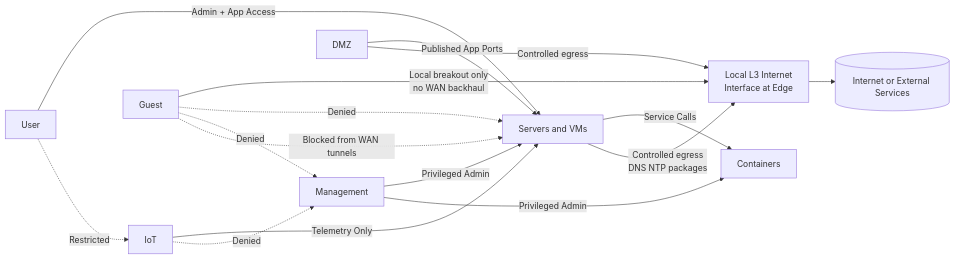
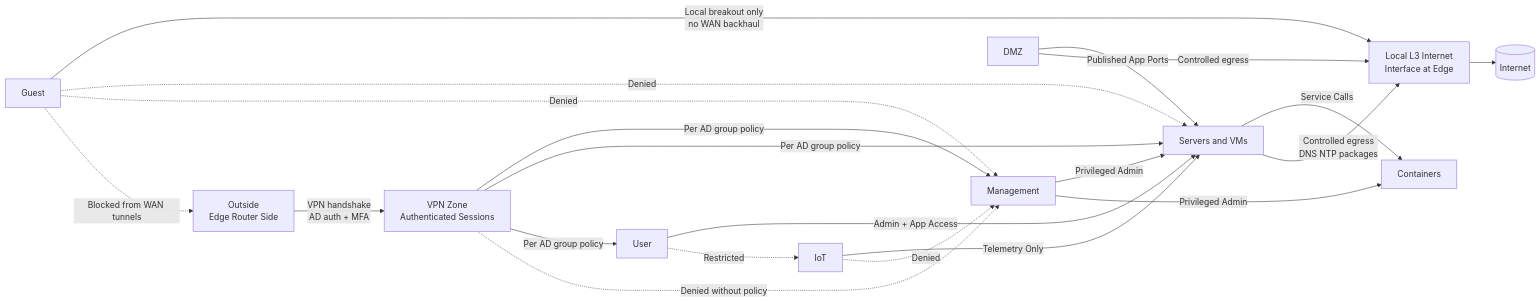
The diagram in network-spanned-dc/docs/03_diagrams/segmentation.mmd.md (pancakesaregood/distributed-dc), drawn with Mermaid before and after one commit. The commit also changed other lines of this file and 13 other files, not shown here.

````diff
--- a/network-spanned-dc/docs/03_diagrams/segmentation.mmd.md
+++ b/network-spanned-dc/docs/03_diagrams/segmentation.mmd.md
@@ -3,29 +5,37 @@
 ```mermaid
 graph LR
+  OUTSIDE[Outside\nEdge Router Side]
+  VPN[VPN Zone\nAuthenticated Sessions]
   MGMT[Management]
   SRV[Servers and VMs]
   CTR[Containers]
   USR[User]
   IOT[IoT]
   GST[Guest]
   DMZ[DMZ]
-  INT[(Internet or External Services)]
+  INT[(Internet)]
   L3OUT[Local L3 Internet\nInterface at Edge]
+
+  OUTSIDE -->|VPN handshake\nAD auth + MFA| VPN
+  VPN -->|Per AD group policy| MGMT
+  VPN -->|Per AD group policy| SRV
+  VPN -->|Per AD group policy| USR
 
   USR -->|Admin + App Access| SRV
   SRV -->|Service Calls| CTR
   DMZ -->|Published App Ports| SRV
   MGMT -->|Privileged Admin| SRV
   MGMT -->|Privileged Admin| CTR
   IOT -->|Telemetry Only| SRV
   GST -->|Local breakout only\nno WAN backhaul| L3OUT
   L3OUT --> INT
   SRV -->|Controlled egress\nDNS NTP packages| L3OUT
   DMZ -->|Controlled egress| L3OUT
 
   GST -.Denied.-> SRV
   GST -.Denied.-> MGMT
-  GST -.Blocked from WAN tunnels.-> SRV
+  GST -.Blocked from WAN tunnels.-> OUTSIDE
   IOT -.Denied.-> MGMT
   USR -.Restricted.-> IOT
+  VPN -.Denied without policy.-> MGMT
 ```
````
